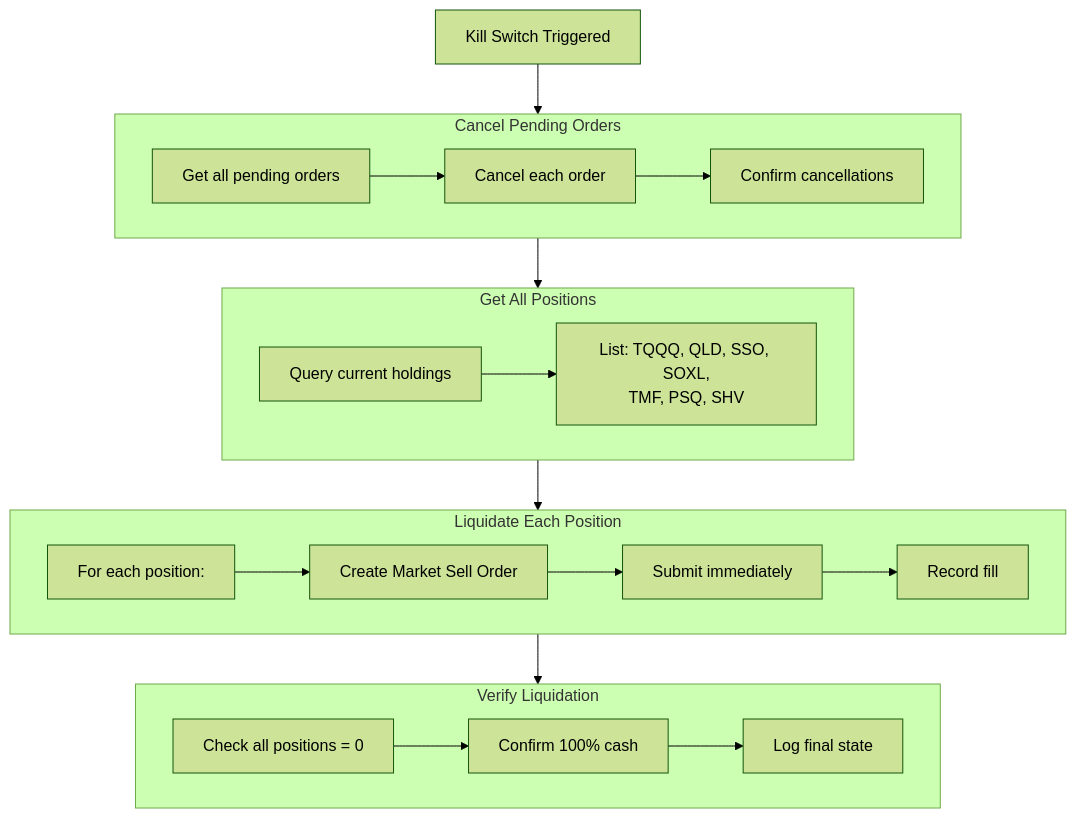
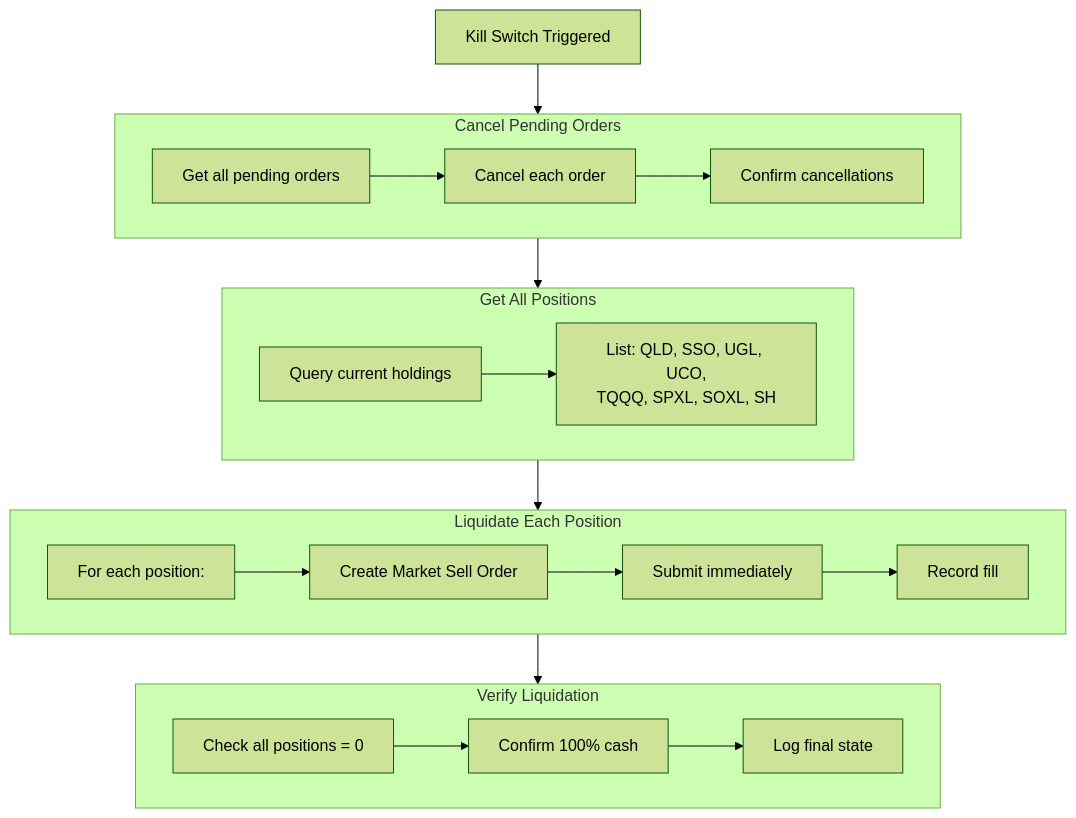
The fourth of 4 diagrams in docs/system/13-execution-engine.md (vickdavinci/alpha-nextgen-v2-private), drawn with Mermaid (forest theme) before and after one commit. The commit also changed other lines of this file and 17 other files, not shown here.

````diff
--- a/docs/system/13-execution-engine.md
+++ b/docs/system/13-execution-engine.md
@@ -379,37 +379,37 @@
 ```mermaid
 flowchart TD
     TRIGGER["Kill Switch Triggered"]
     
     subgraph CANCEL["Cancel Pending Orders"]
         C1["Get all pending orders"]
         C2["Cancel each order"]
         C3["Confirm cancellations"]
     end
     
     subgraph POSITIONS["Get All Positions"]
         P1["Query current holdings"]
-        P2["List: TQQQ, QLD, SSO, SOXL,<br/>TMF, PSQ, SHV"]
+        P2["List: QLD, SSO, UGL, UCO,<br/>TQQQ, SPXL, SOXL, SH"]
     end
     
     subgraph LIQUIDATE["Liquidate Each Position"]
         L1["For each position:"]
         L2["Create Market Sell Order"]
         L3["Submit immediately"]
         L4["Record fill"]
     end
     
     subgraph VERIFY["Verify Liquidation"]
         V1["Check all positions = 0"]
         V2["Confirm 100% cash"]
         V3["Log final state"]
     end
     
     TRIGGER --> CANCEL
     C1 --> C2 --> C3
     CANCEL --> POSITIONS
     P1 --> P2
     POSITIONS --> LIQUIDATE
     L1 --> L2 --> L3 --> L4
     LIQUIDATE --> VERIFY
     V1 --> V2 --> V3
 ```
````
